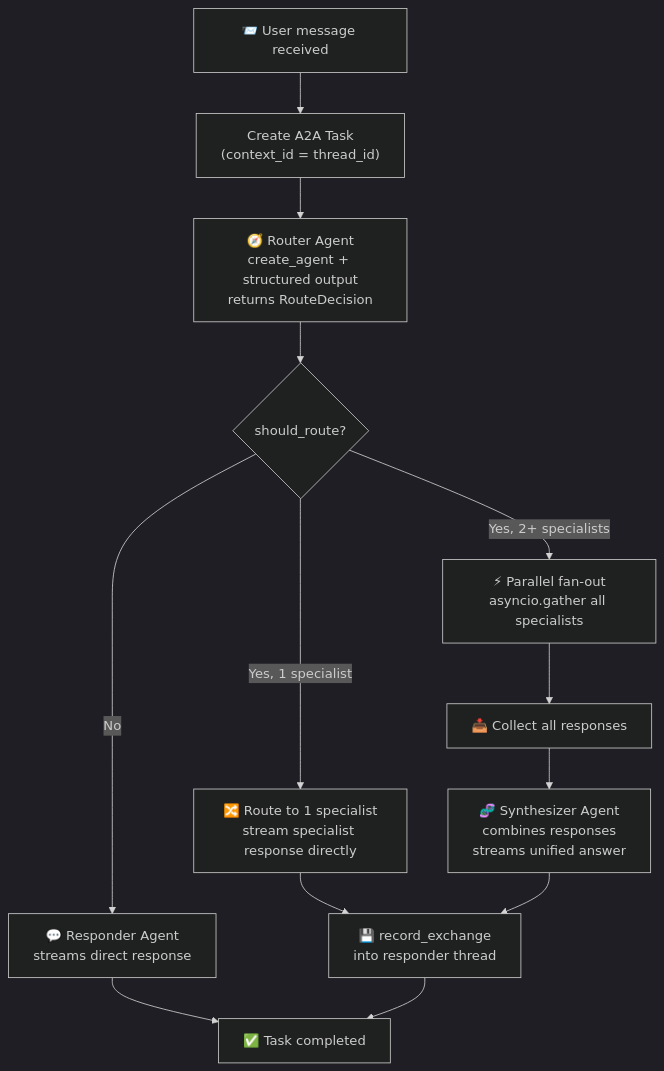
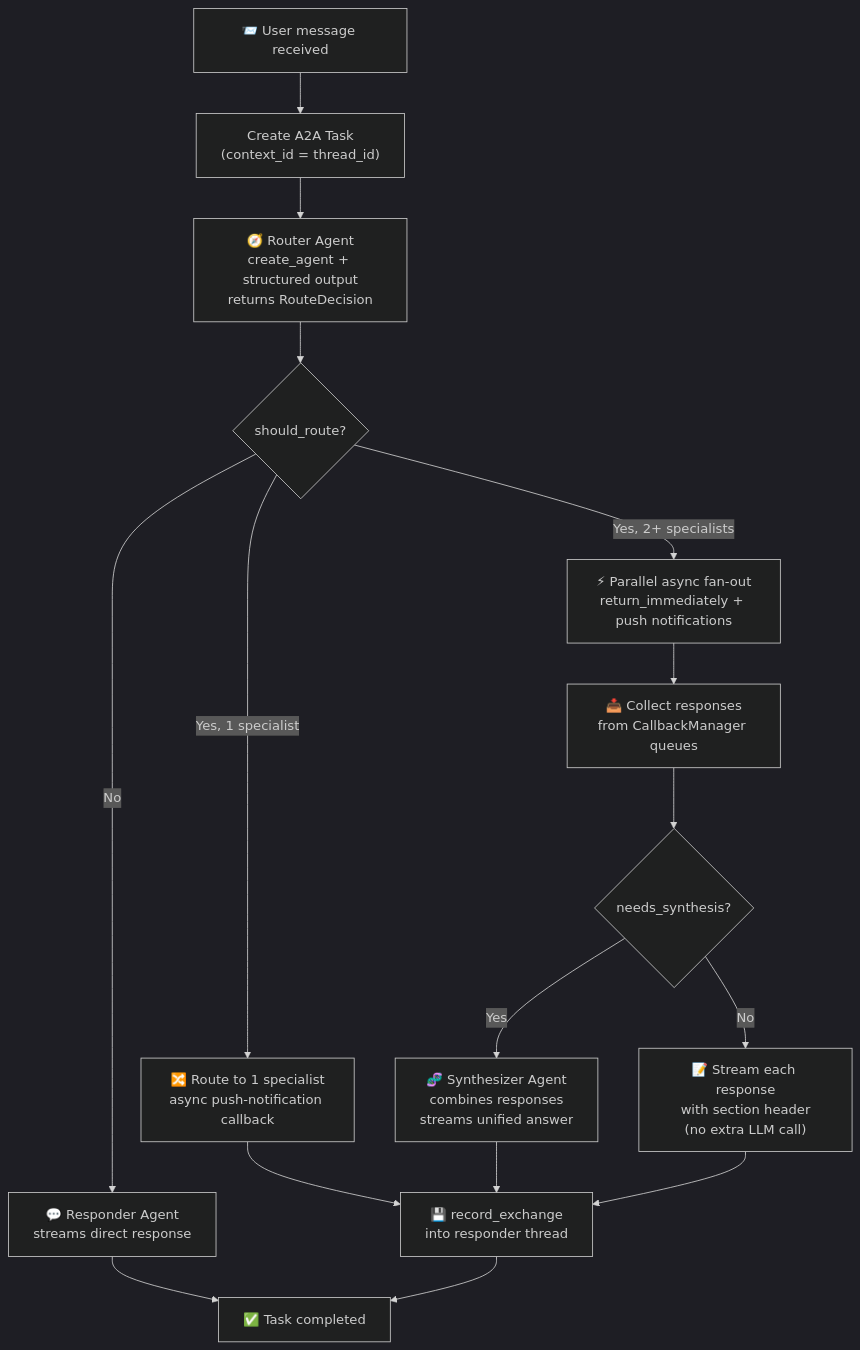
The third of 7 diagrams in README.md (chandra447/nimbus-chat), drawn with Mermaid (dark theme) before and after one commit. The commit also changed other lines of this file and 4 other files, not shown here.

First line of the commit message:
Update docs for async push-notification pattern

````diff
--- a/README.md
+++ b/README.md
@@ -80,17 +94,20 @@
 ```mermaid
 flowchart TD
     Start["📨 User message received"] --> Task["Create A2A Task<br/>(context_id = thread_id)"]
     Task --> Router["🧭 Router Agent<br/>create_agent + structured output<br/>returns RouteDecision"]
     Router --> Decide{"should_route?"}
 
     Decide -->|No| Direct["💬 Responder Agent<br/>streams direct response"]
-    Decide -->|Yes, 1 specialist| Single["🔀 Route to 1 specialist<br/>stream specialist response directly"]
-    Decide -->|Yes, 2+ specialists| FanOut["⚡ Parallel fan-out<br/>asyncio.gather all specialists"]
+    Decide -->|Yes, 1 specialist| Single["🔀 Route to 1 specialist<br/>async push-notification callback"]
+    Decide -->|Yes, 2+ specialists| FanOut["⚡ Parallel async fan-out<br/>return_immediately + push notifications"]
 
-    FanOut --> Collect["📥 Collect all responses"]
-    Collect --> Synth["🧬 Synthesizer Agent<br/>combines responses<br/>streams unified answer"]
+    FanOut --> Collect["📥 Collect responses<br/>from CallbackManager queues"]
+    Collect --> SynthCheck{"needs_synthesis?"}
+    SynthCheck -->|Yes| Synth["🧬 Synthesizer Agent<br/>combines responses<br/>streams unified answer"]
+    SynthCheck -->|No| Sections["📝 Stream each response<br/>with section header<br/>(no extra LLM call)"]
     Single --> Record["💾 record_exchange<br/>into responder thread"]
     Synth --> Record
+    Sections --> Record
     Direct --> Done["✅ Task completed"]
     Record --> Done
 ```
````
